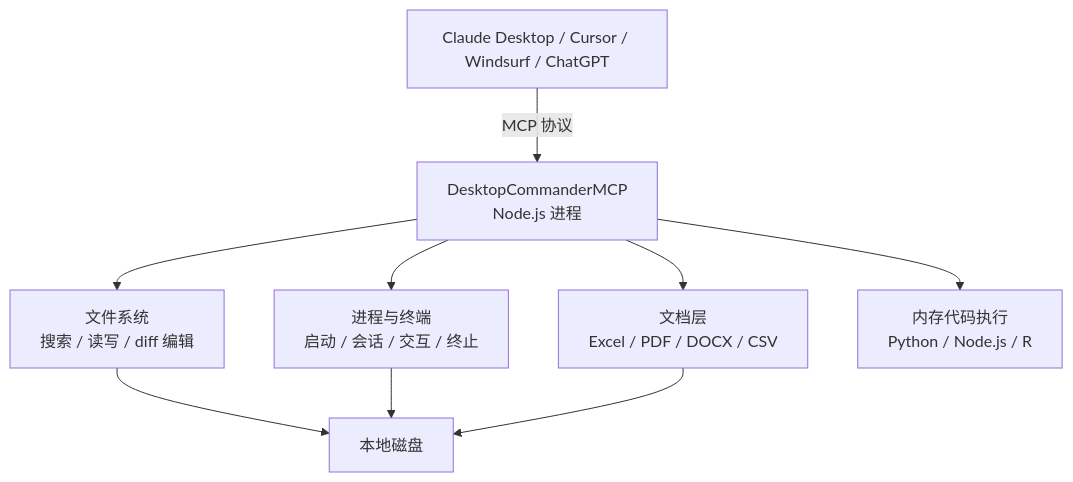
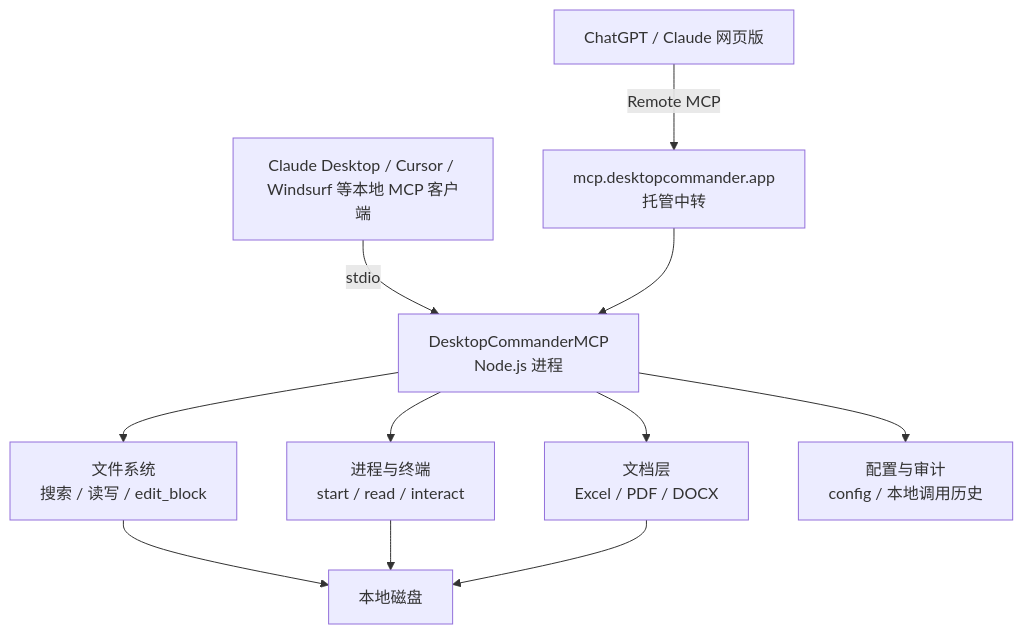
One commit to A1pha3/text-matrix changed the diagram in content/posts/tech/wonderwhy-er-desktop-commander-mcp.md. Above: the diagram before and after it, drawn with Mermaid. The commit also changed other lines of this file and 331 other files, not shown here.

````diff
--- a/content/posts/tech/wonderwhy-er-desktop-commander-mcp.md
+++ b/content/posts/tech/wonderwhy-er-desktop-commander-mcp.md
@@ -20,11 +23,12 @@
 ```mermaid
 graph TD
-    A[Claude Desktop / Cursor / Windsurf / ChatGPT] -->|MCP 协议| B[DesktopCommanderMCP<br/>Node.js 进程]
-    B --> C[文件系统<br/>搜索 / 读写 / diff 编辑]
-    B --> D[进程与终端<br/>启动 / 会话 / 交互 / 终止]
-    B --> E[文档层<br/>Excel / PDF / DOCX / CSV]
-    B --> F[内存代码执行<br/>Python / Node.js / R]
+    A[Claude Desktop / Cursor / Windsurf 等本地 MCP 客户端] -->|stdio| B[DesktopCommanderMCP<br/>Node.js 进程]
+    R[ChatGPT / Claude 网页版] -->|Remote MCP| S[mcp.desktopcommander.app<br/>托管中转] --> B
+    B --> C[文件系统<br/>搜索 / 读写 / edit_block]
+    B --> D[进程与终端<br/>start / read / interact]
+    B --> E[文档层<br/>Excel / PDF / DOCX]
+    B --> F[配置与审计<br/>config / 本地调用历史]
     C --> G[本地磁盘]
     D --> G
     E --> G
 ```
````
